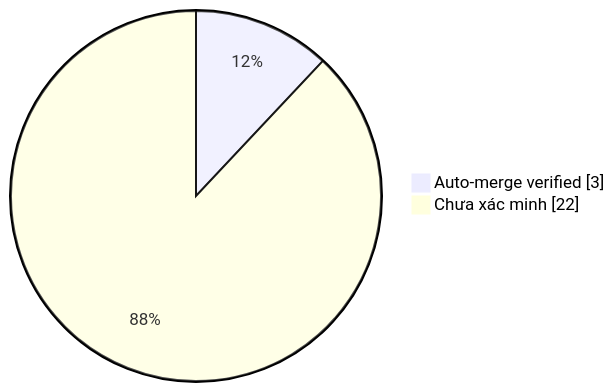
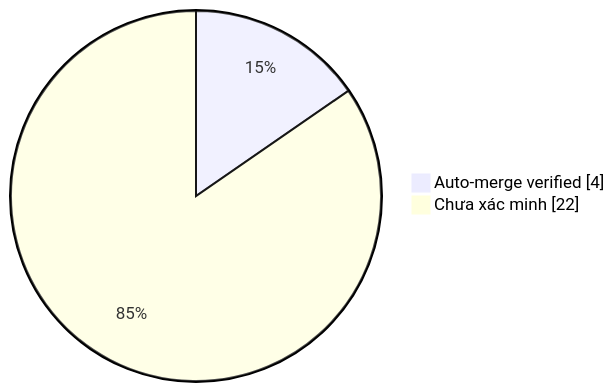
The diagram in collector.md (duykhang68/tetdinhmuiblog), drawn with Mermaid before and after one commit. The commit also changed other lines of this file and 1 other file, not shown here.

Commit message:
docs(collector): update auto-merge evidence dashboard

````diff
--- a/collector.md
+++ b/collector.md
@@ -22,5 +22,5 @@
 ```mermaid
 pie showData
-    "Auto-merge verified" : 3
+    "Auto-merge verified" : 4
     "Chưa xác minh" : 22
 ```
````
